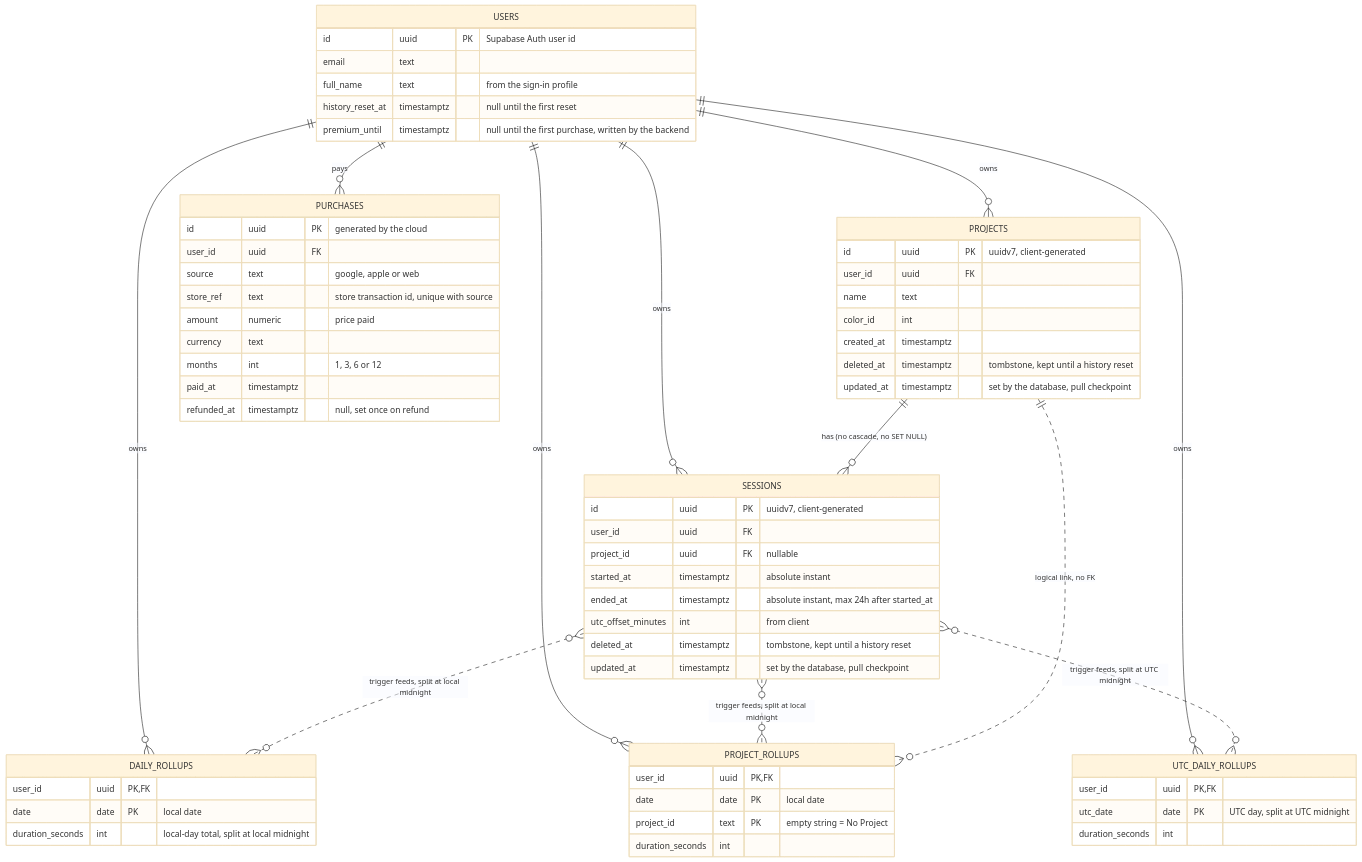
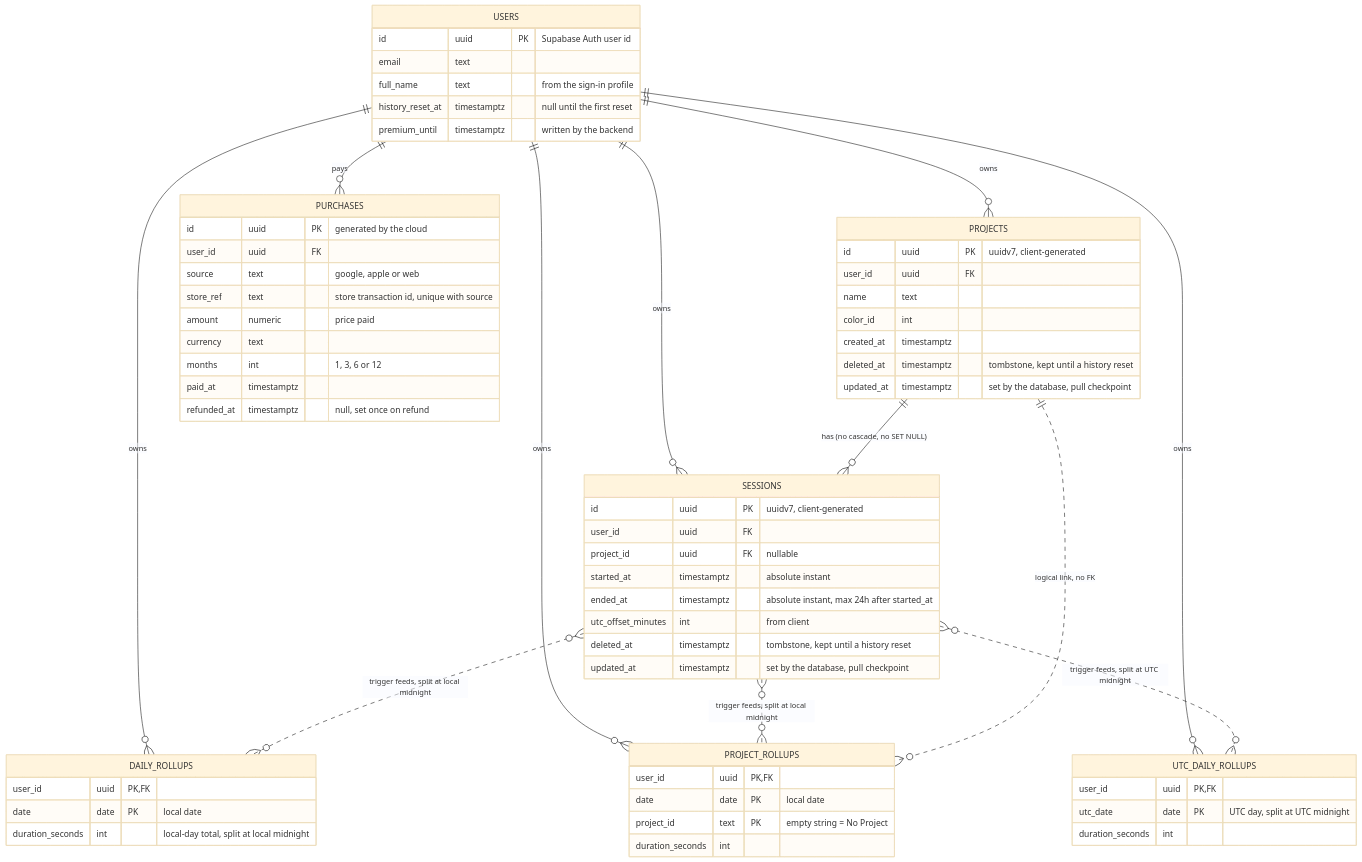
One commit to sardaar-niamotullah/tarkeez changed the third of 3 diagrams in README.md. Above: the diagram before and after it, drawn with Mermaid (base theme). The commit also changed other lines of this file and 2 other files, not shown here.

````diff
--- a/README.md
+++ b/README.md
@@ -435,68 +435,68 @@
 ```mermaid
 erDiagram
   USERS ||--o{ PROJECTS : owns
   USERS ||--o{ SESSIONS : owns
   USERS ||--o{ DAILY_ROLLUPS : owns
   USERS ||--o{ PROJECT_ROLLUPS : owns
   USERS ||--o{ UTC_DAILY_ROLLUPS : owns
   USERS ||--o{ PURCHASES : pays
   PROJECTS ||--o{ SESSIONS : "has (no cascade, no SET NULL)"
   SESSIONS }o..o{ DAILY_ROLLUPS : "trigger feeds, split at local midnight"
   SESSIONS }o..o{ PROJECT_ROLLUPS : "trigger feeds, split at local midnight"
   SESSIONS }o..o{ UTC_DAILY_ROLLUPS : "trigger feeds, split at UTC midnight"
   PROJECTS ||..o{ PROJECT_ROLLUPS : "logical link, no FK"
 
   USERS {
     id uuid PK "Supabase Auth user id"
     email text
     full_name text "from the sign-in profile"
     history_reset_at timestamptz "null until the first reset"
-    premium_until timestamptz "null until the first purchase, written by the backend"
+    premium_until timestamptz "written by the backend"
   }
   PROJECTS {
     id uuid PK "uuidv7, client-generated"
     user_id uuid FK
     name text
     color_id int
     created_at timestamptz
     deleted_at timestamptz "tombstone, kept until a history reset"
     updated_at timestamptz "set by the database, pull checkpoint"
   }
   SESSIONS {
     id uuid PK "uuidv7, client-generated"
     user_id uuid FK
     project_id uuid FK "nullable"
     started_at timestamptz "absolute instant"
     ended_at timestamptz "absolute instant, max 24h after started_at"
     utc_offset_minutes int "from client"
     deleted_at timestamptz "tombstone, kept until a history reset"
     updated_at timestamptz "set by the database, pull checkpoint"
   }
   DAILY_ROLLUPS {
     user_id uuid PK, FK
     date date PK "local date"
     duration_seconds int "local-day total, split at local midnight"
   }
   PROJECT_ROLLUPS {
     user_id uuid PK, FK
     date date PK "local date"
     project_id text PK "empty string = No Project"
     duration_seconds int
   }
   UTC_DAILY_ROLLUPS {
     user_id uuid PK, FK
     utc_date date PK "UTC day, split at UTC midnight"
     duration_seconds int
   }
   PURCHASES {
     id uuid PK "generated by the cloud"
     user_id uuid FK
     source text "google, apple or web"
     store_ref text "store transaction id, unique with source"
     amount numeric "price paid"
     currency text
     months int "1, 3, 6 or 12"
     paid_at timestamptz
     refunded_at timestamptz "null, set once on refund"
   }
 ```
````
